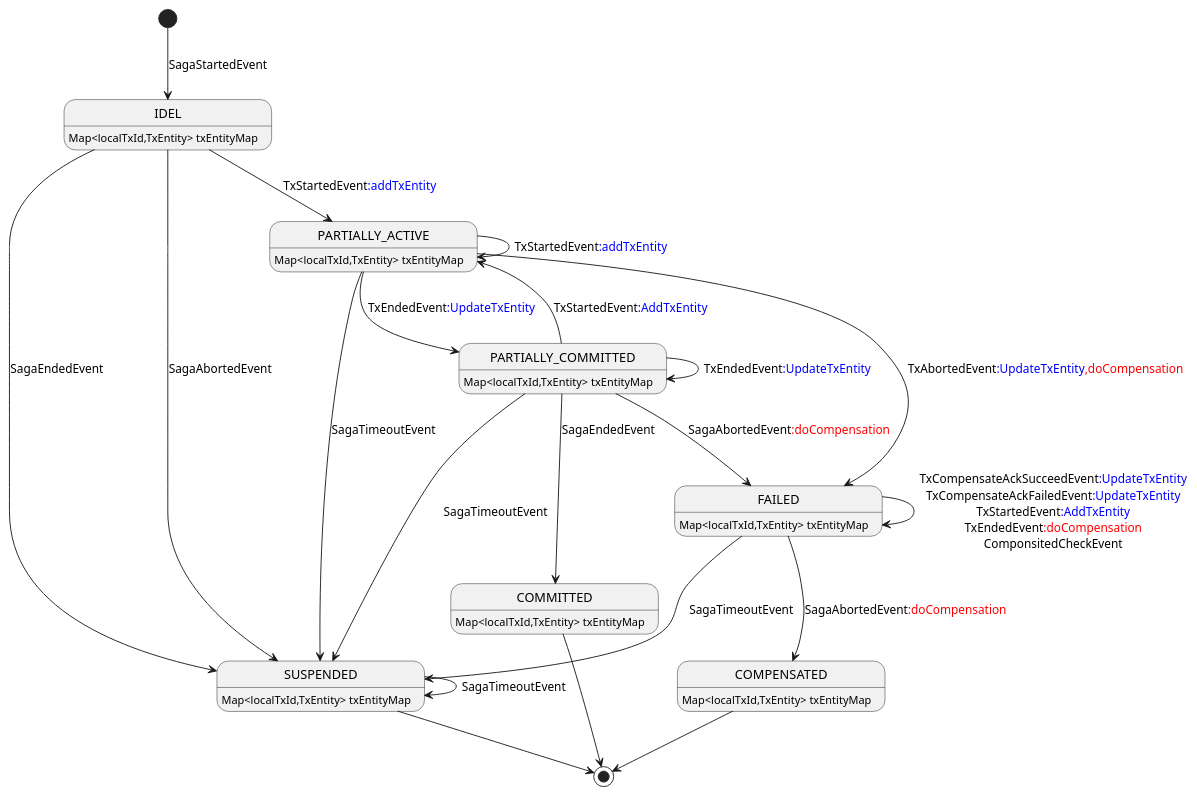
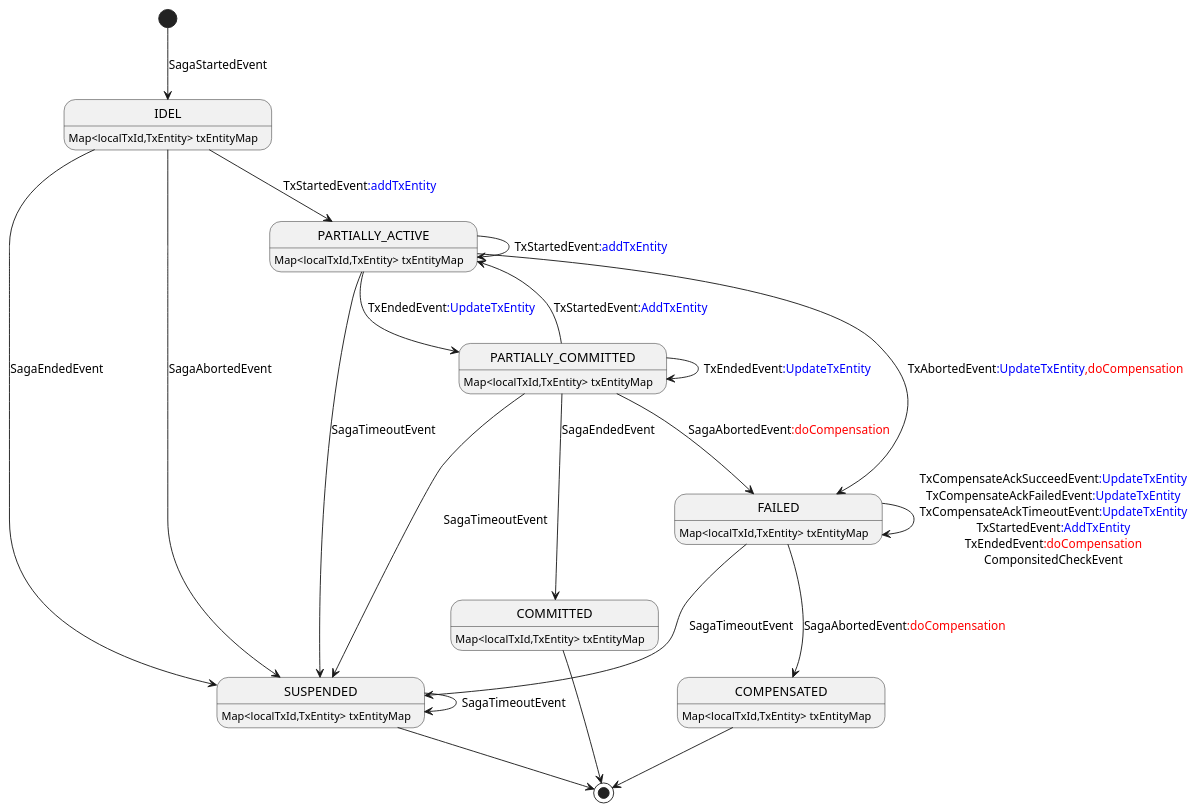
Before and after one commit to apache/servicecomb-pack: the diagram in docs/fsm/plantuml/saga-state-diagram.puml, drawn with PlantUML.

Commit message:
SCB-1735 Adding a new event to the state machine

```diff
--- a/docs/fsm/plantuml/saga-state-diagram.puml
+++ b/docs/fsm/plantuml/saga-state-diagram.puml
@@ -1,52 +1,52 @@
 @startuml
 hide empty description
 
 [*] --> IDEL : SagaStartedEvent
 
 IDEL --> PARTIALLY_ACTIVE : TxStartedEvent<font color=blue>:addTxEntity</font>
 
 IDEL --> SUSPENDED : SagaEndedEvent
 
 IDEL --> SUSPENDED : SagaAbortedEvent
 
 PARTIALLY_COMMITTED --> PARTIALLY_COMMITTED : TxEndedEvent<font color=blue>:UpdateTxEntity</font>
 
 PARTIALLY_COMMITTED --> COMMITTED : SagaEndedEvent
 
 PARTIALLY_COMMITTED --> PARTIALLY_ACTIVE : TxStartedEvent<font color=blue>:AddTxEntity</font>
 
 PARTIALLY_COMMITTED --> FAILED : SagaAbortedEvent<font color=red>:doCompensation</font>
 
 PARTIALLY_COMMITTED --> SUSPENDED : SagaTimeoutEvent
 
 PARTIALLY_ACTIVE --> PARTIALLY_ACTIVE : TxStartedEvent<font color=blue>:addTxEntity</font>
 
 PARTIALLY_ACTIVE --> PARTIALLY_COMMITTED : TxEndedEvent<font color=blue>:UpdateTxEntity</font>
 
 PARTIALLY_ACTIVE --> FAILED : TxAbortedEvent<font color=blue>:UpdateTxEntity</font><font color=red>,doCompensation</font>
 
 PARTIALLY_ACTIVE --> SUSPENDED : SagaTimeoutEvent
 
 SUSPENDED --> SUSPENDED : SagaTimeoutEvent
 
 FAILED --> COMPENSATED : SagaAbortedEvent<font color=red>:doCompensation</font>
 
 FAILED --> SUSPENDED : SagaTimeoutEvent
 
-FAILED --> FAILED : TxCompensateAckSucceedEvent<font color=blue>:UpdateTxEntity</font>\nTxCompensateAckFailedEvent<font color=blue>:UpdateTxEntity</font>\nTxStartedEvent<font color=blue>:AddTxEntity</font>\nTxEndedEvent<font color=red>:doCompensation</font>\nComponsitedCheckEvent
+FAILED --> FAILED : TxCompensateAckSucceedEvent<font color=blue>:UpdateTxEntity</font>\nTxCompensateAckFailedEvent<font color=blue>:UpdateTxEntity</font>\nTxCompensateAckTimeoutEvent<font color=blue>:UpdateTxEntity</font>\nTxStartedEvent<font color=blue>:AddTxEntity</font>\nTxEndedEvent<font color=red>:doCompensation</font>\nComponsitedCheckEvent
 
 COMPENSATED --> [*]
 
 COMMITTED --> [*]
 
 SUSPENDED --> [*]
 
 IDEL: Map<localTxId,TxEntity> txEntityMap
 PARTIALLY_ACTIVE: Map<localTxId,TxEntity> txEntityMap
 PARTIALLY_COMMITTED: Map<localTxId,TxEntity> txEntityMap
 FAILED: Map<localTxId,TxEntity> txEntityMap
 COMMITTED: Map<localTxId,TxEntity> txEntityMap
 COMPENSATED: Map<localTxId,TxEntity> txEntityMap
 SUSPENDED: Map<localTxId,TxEntity> txEntityMap
 
 @enduml
```
